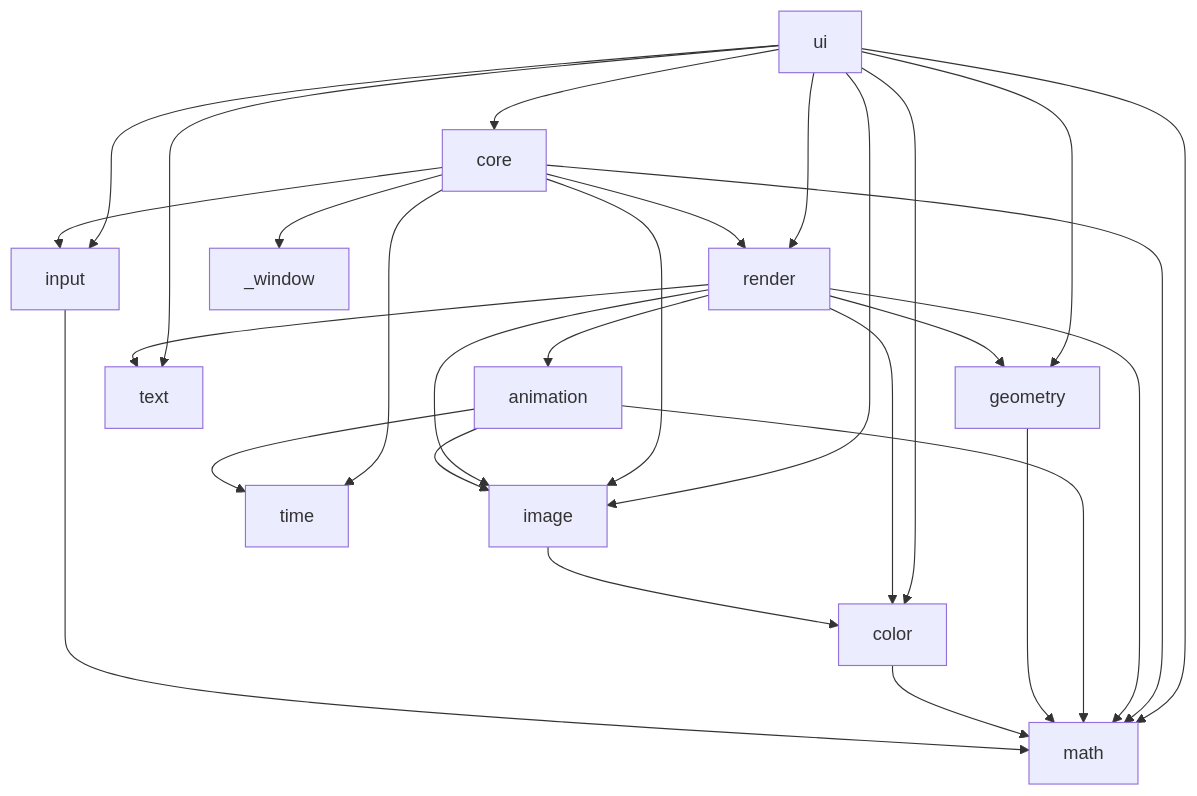
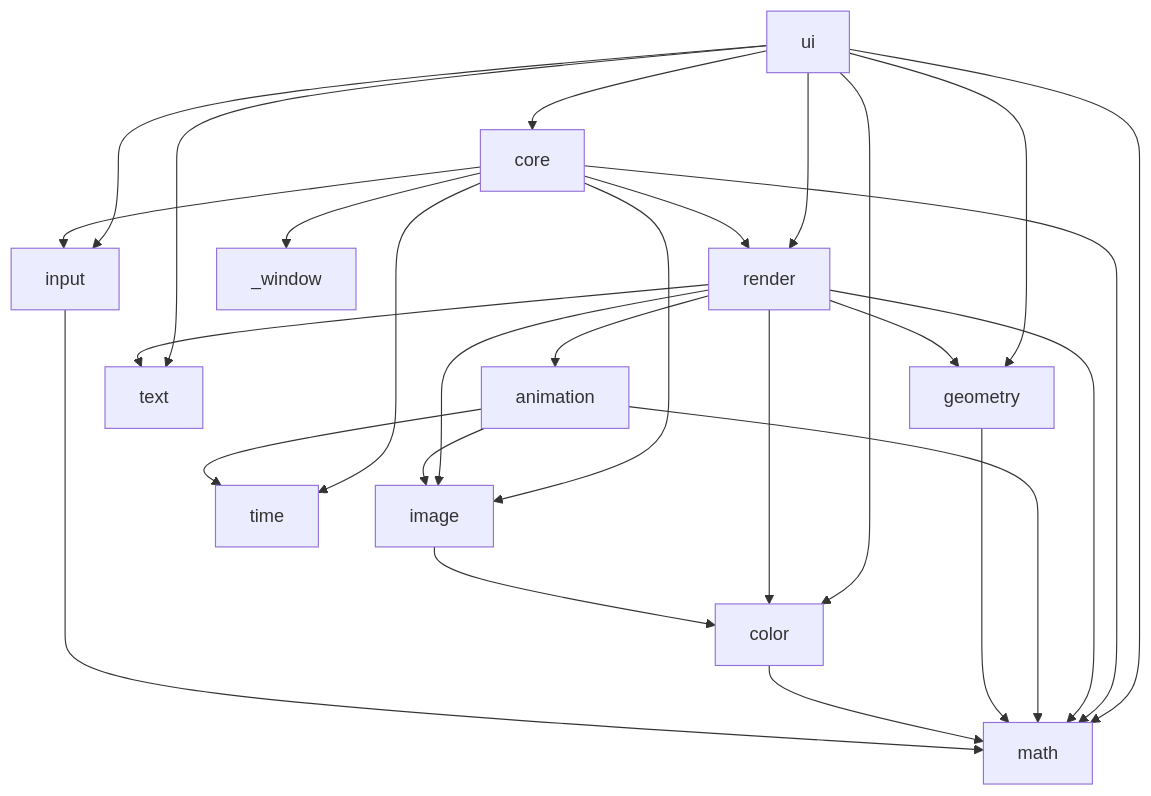
Before and after one commit to create-framework/create: the second of 2 diagrams in ARCHITECTURE.md, drawn with Mermaid. The commit also changed other lines of this file and 13 other files, not shown here.

````diff
--- a/ARCHITECTURE.md
+++ b/ARCHITECTURE.md
@@ -89,30 +89,29 @@
 ```mermaid
 flowchart TD
     ui --> core
     ui --> render
     ui --> geometry
     ui --> color
     ui --> text
     ui --> input
-    ui --> image
     ui --> math
     core --> _window
     core --> math
     core --> render
     core --> image
     core --> input
     core --> time
     render --> math
     render --> text
     render --> geometry
     render --> color
     render --> image
     render --> animation
     animation --> image
     animation --> math
     animation --> time
     geometry --> math
     image --> color
     color --> math
     input --> math
 ```
````
